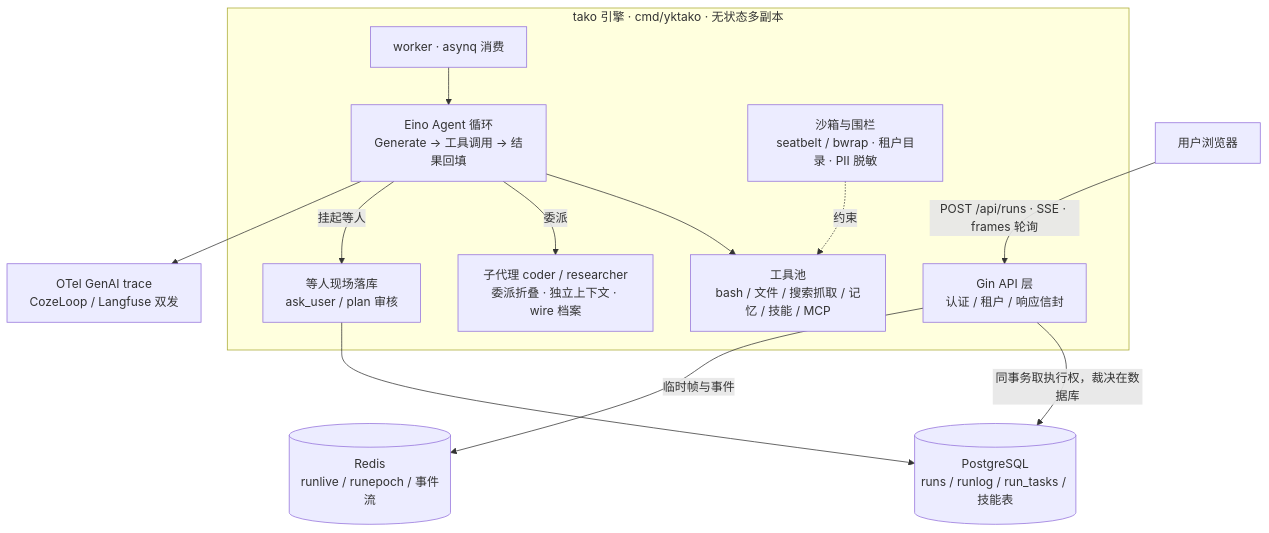
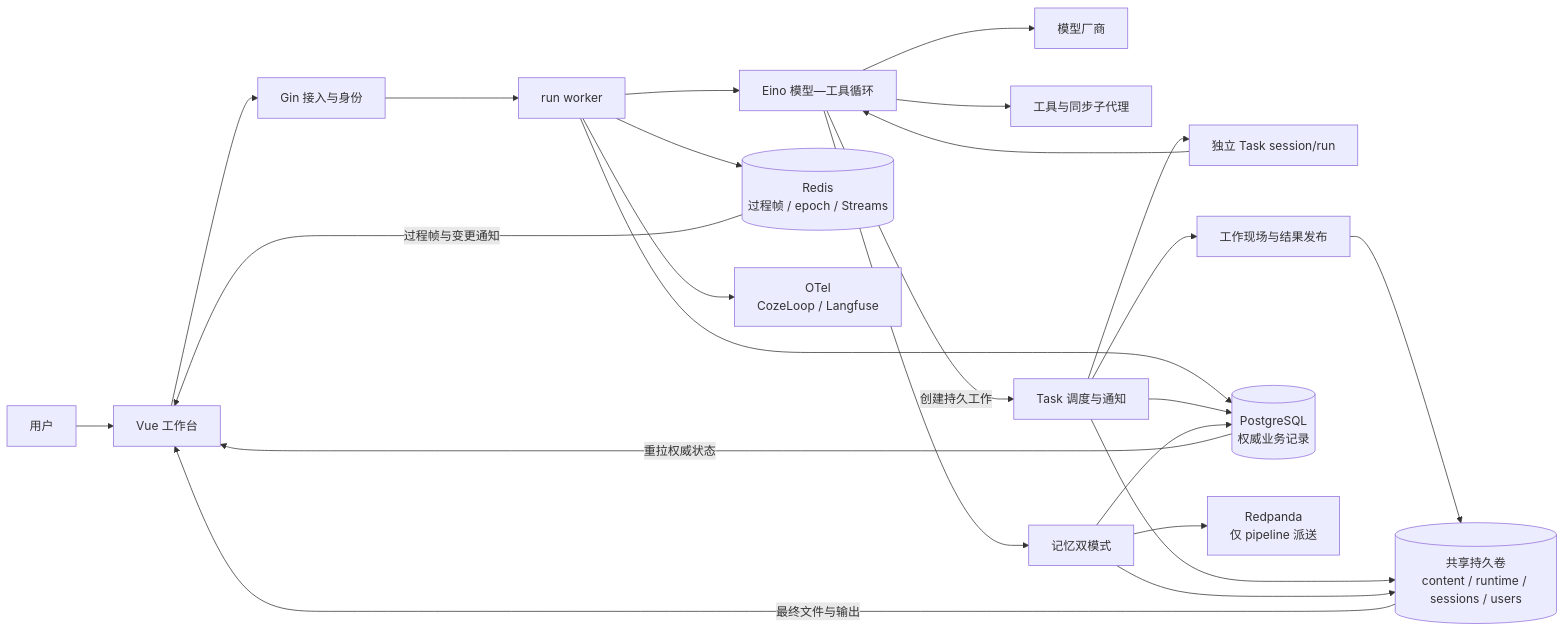
The diagram in README.md (Ykworm/yk-tako), drawn with Mermaid before and after one commit. The commit also changed other lines of this file and 12 other files, not shown here.

````diff
--- a/README.md
+++ b/README.md
@@ -52,28 +134,26 @@
 ```mermaid
-flowchart TB
-    U[用户浏览器] -->|POST /api/runs · SSE · frames 轮询| API
-
-    subgraph SRV["tako 引擎 · cmd/yktako · 无状态多副本"]
-        API["Gin API 层<br/>认证 / 租户 / 响应信封"]
-        WRK["worker · asynq 消费"]
-        LOOP["Eino Agent 循环<br/>Generate → 工具调用 → 结果回填"]
-        TOOL["工具池<br/>bash / 文件 / 搜索抓取 / 记忆 / 技能 / MCP"]
-        SUB["子代理 coder / researcher<br/>委派折叠 · 独立上下文 · wire 档案"]
-        WAIT["等人现场落库<br/>ask_user / plan 审核"]
-        SBX["沙箱与围栏<br/>seatbelt / bwrap · 租户目录 · PII 脱敏"]
-    end
-
-    PG[("PostgreSQL<br/>runs / runlog / run_tasks / 技能表")]
-    RD[("Redis<br/>runlive / runepoch / 事件流")]
-    OT["OTel GenAI trace<br/>CozeLoop / Langfuse 双发"]
-
-    API -->|同事务取执行权，裁决在数据库| PG
-    API -->|临时帧与事件| RD
-    WRK --> LOOP
-    LOOP --> TOOL
-    LOOP -->|委派| SUB
-    LOOP -->|挂起等人| WAIT
-    WAIT --> PG
-    SBX -. 约束 .-> TOOL
-    LOOP --> OT
+flowchart LR
+    U[用户] --> WEB[Vue 工作台]
+    WEB --> API[Gin 接入与身份]
+    API --> WORKER[run worker]
+    WORKER --> LOOP[Eino 模型—工具循环]
+    LOOP --> MODEL[模型厂商]
+    LOOP --> TOOLS[工具与同步子代理]
+    LOOP -->|创建持久工作| SCHED[Task 调度与通知]
+    SCHED --> TRUN[独立 Task session/run]
+    TRUN --> LOOP
+    SCHED --> PROVIDER[工作现场与结果发布]
+    PROVIDER --> FS[(共享持久卷<br/>content / runtime / sessions / users)]
+    WORKER --> PG[(PostgreSQL<br/>权威业务记录)]
+    WORKER --> REDIS[(Redis<br/>过程帧 / epoch / Streams)]
+    SCHED --> PG
+    SCHED --> FS
+    LOOP --> MEMORY[记忆双模式]
+    MEMORY --> PG
+    MEMORY --> RP[Redpanda<br/>仅 pipeline 派送]
+    MEMORY --> FS
+    WORKER --> OTEL[OTel<br/>CozeLoop / Langfuse]
+    REDIS -->|过程帧与变更通知| WEB
+    PG -->|重拉权威状态| WEB
+    FS -->|最终文件与输出| WEB
 ```
````
